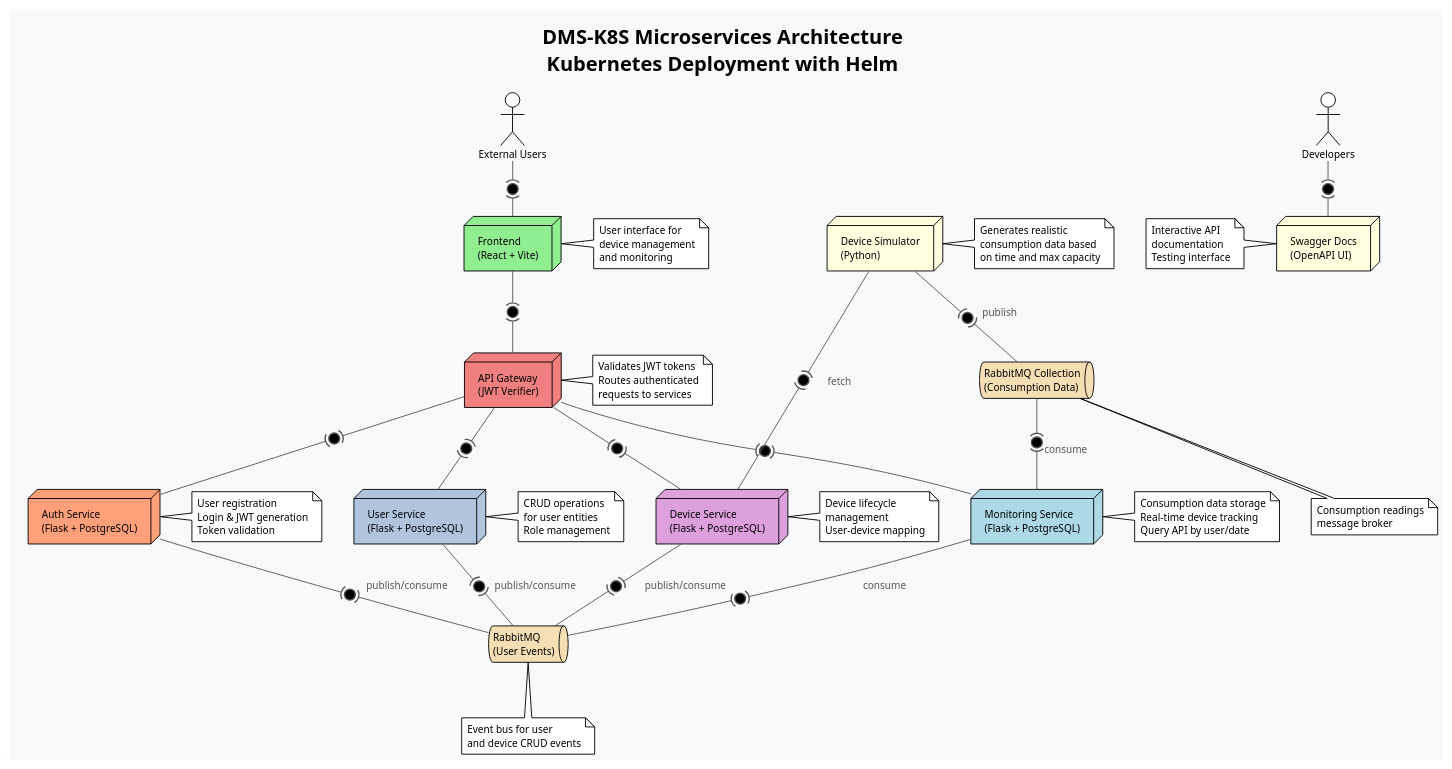
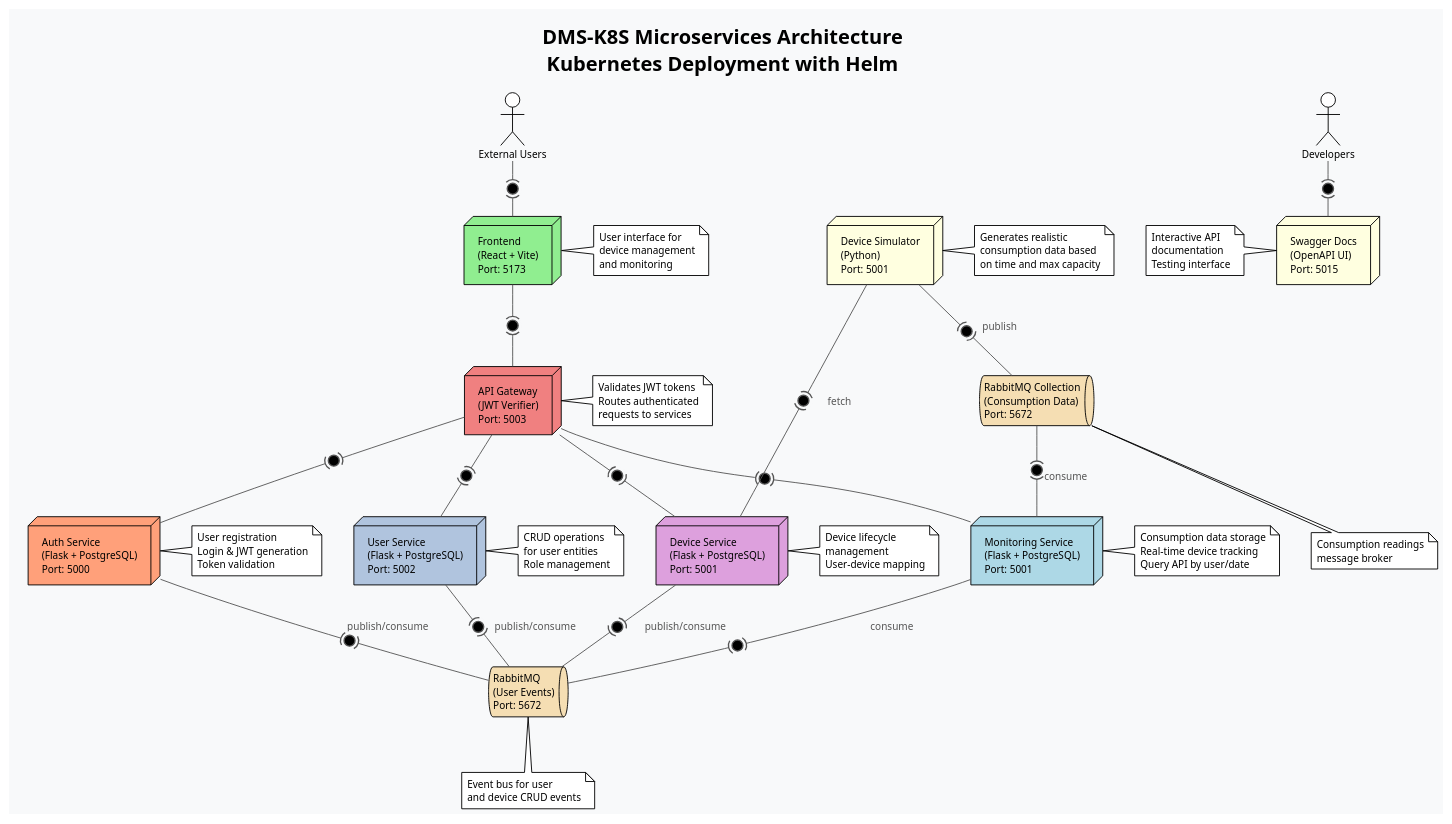
One commit to Simi445/DMS-K8S changed the diagram in deployment.puml. Above: the diagram before and after it, drawn with PlantUML. The commit also changed 1 other file, not shown here.

Commit message:
Add diagram

```diff
--- a/deployment.puml
+++ b/deployment.puml
@@ -1,104 +1,104 @@
 @startuml
 !theme plain
 skinparam backgroundColor #f8f9fa
 skinparam defaultFontSize 11
 skinparam component {
   BackgroundColor white
   BorderColor #333333
   FontColor #000000
 }
 skinparam ArrowColor #555555
 skinparam ArrowFontColor #555555
 
 title **DMS-K8S Microservices Architecture**\nKubernetes Deployment with Helm
 
 actor "External Users" as Users
 actor "Developers" as Devs
 
-node "Frontend\n(React + Vite)" as Frontend #lightgreen
+node "Frontend\n(React + Vite)\nPort: 5173" as Frontend #lightgreen
 note right of Frontend
   User interface for
   device management
   and monitoring
 end note
 
-node "API Gateway\n(JWT Verifier)" as Gateway #lightcoral
+node "API Gateway\n(JWT Verifier)\nPort: 5003" as Gateway #lightcoral
 note right of Gateway
   Validates JWT tokens
   Routes authenticated
   requests to services
 end note
 
-node "Auth Service\n(Flask + PostgreSQL)" as Auth #lightsalmon
+node "Auth Service\n(Flask + PostgreSQL)\nPort: 5000" as Auth #lightsalmon
 note right of Auth
   User registration
   Login & JWT generation
   Token validation
 end note
 
-node "User Service\n(Flask + PostgreSQL)" as User #lightsteelblue
+node "User Service\n(Flask + PostgreSQL)\nPort: 5002" as User #lightsteelblue
 note right of User
   CRUD operations
   for user entities
   Role management
 end note
 
-node "Device Service\n(Flask + PostgreSQL)" as Device #plum
+node "Device Service\n(Flask + PostgreSQL)\nPort: 5001" as Device #plum
 note right of Device
   Device lifecycle
   management
   User-device mapping
 end note
 
-node "Monitoring Service\n(Flask + PostgreSQL)" as Monitoring #lightblue
+node "Monitoring Service\n(Flask + PostgreSQL)\nPort: 5001" as Monitoring #lightblue
 note right of Monitoring
   Consumption data storage
   Real-time device tracking
   Query API by user/date
 end note
 
-node "Device Simulator\n(Python)" as Simulator #lightyellow
+node "Device Simulator\n(Python)\nPort: 5001" as Simulator #lightyellow
 note right of Simulator
   Generates realistic
   consumption data based
   on time and max capacity
 end note
 
-queue "RabbitMQ\n(User Events)" as RabbitMQ1 #wheat
+queue "RabbitMQ\n(User Events)\nPort: 5672" as RabbitMQ1 #wheat
 note bottom of RabbitMQ1
   Event bus for user
   and device CRUD events
 end note
 
-queue "RabbitMQ Collection\n(Consumption Data)" as RabbitMQ2 #wheat
+queue "RabbitMQ Collection\n(Consumption Data)\nPort: 5672" as RabbitMQ2 #wheat
 note bottom of RabbitMQ2
   Consumption readings
   message broker
 end note
 
-node "Swagger Docs\n(OpenAPI UI)" as Swagger #lightyellow
+node "Swagger Docs\n(OpenAPI UI)\nPort: 5015" as Swagger #lightyellow
 note left of Swagger
   Interactive API
   documentation
   Testing interface
 end note
 
 Users -(0)- Frontend
 Frontend -(0)- Gateway
 Gateway -(0)- Auth
 Gateway -(0)- User
 Gateway -(0)- Device
 Gateway -(0)- Monitoring
 
 Auth -(0)- RabbitMQ1 : publish/consume
 User -(0)- RabbitMQ1 : publish/consume
 Device -(0)- RabbitMQ1 : publish/consume
 Monitoring -(0)- RabbitMQ1 : consume
 
 Simulator -(0)- Device : fetch
 Simulator -(0)- RabbitMQ2 : publish
 RabbitMQ2 -(0)- Monitoring : consume
 
 Devs -(0)- Swagger
 
 @enduml
```
